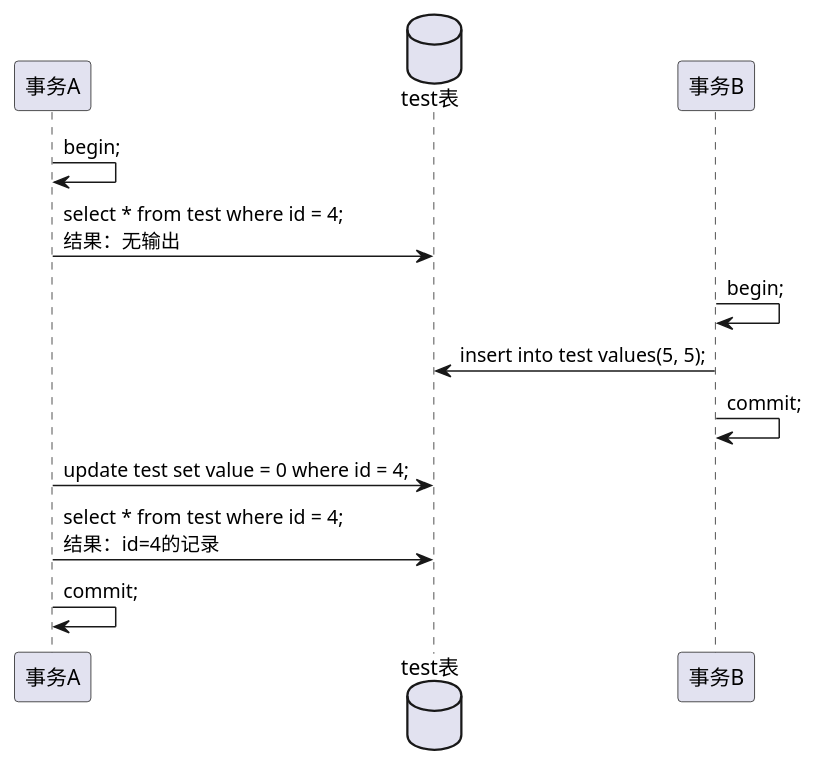
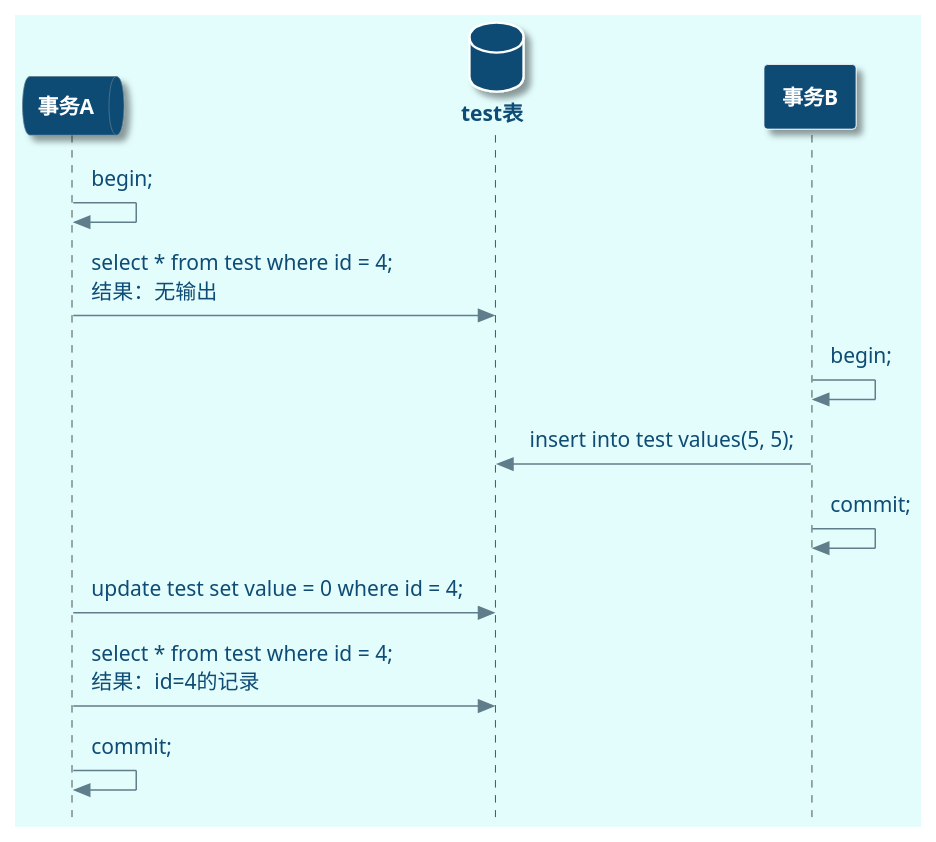
The diagram in assets/数据库/关系型数据库/幻读案例1.puml (dunwu/waterdrop), drawn with PlantUML before and after one commit. The commit also changed 11 other files, not shown here.

```diff
--- a/assets/数据库/关系型数据库/幻读案例1.puml
+++ b/assets/数据库/关系型数据库/幻读案例1.puml
@@ -1,17 +1,73 @@
 @startuml
 'https://plantuml.com/sequence-diagram
 
-participant 事务A as TA order 1
+'样式设置 Begin
+
+skinparam style strictuml
+skinparam BackgroundColor #E3FDFD
+skinparam Shadowing true
+skinparam defaultFontColor #0F4C75
+skinparam defaultFontSize 14
+skinparam ArrowColor #607D8B
+skinparam Padding 5
+
+'参与者样式设置
+
+skinparam ActorFontStyle Bold
+skinparam ActorFontColor #0F4C75
+skinparam ActorBorderColor #0F4C75
+skinparam ActorBackgroundColor #0F4C75
+
+skinparam BoundaryFontStyle Bold
+skinparam BoundaryFontColor #0F4C75
+skinparam BoundaryBorderColor #0F4C75
+skinparam BoundaryBackgroundColor #0F4C75
+
+skinparam CollectionsFontStyle Bold
+skinparam CollectionsFontColor #FFFFFF
+skinparam CollectionsBorderColor #FFFFFF
+skinparam CollectionsBackgroundColor #0F4C75
+
+skinparam ControlFontStyle Bold
+skinparam ControlFontColor #0F4C75
+skinparam ControlBorderColor #FFFFFF
+skinparam ControlBackgroundColor #0F4C75
+
+skinparam DatabaseFontStyle Bold
+skinparam DatabaseFontColor #0F4C75
+skinparam DatabaseBorderColor #FFFFFF
+skinparam DatabaseBackgroundColor #0F4C75
+
+skinparam EntityFontStyle Bold
+skinparam EntityFontColor #0F4C75
+skinparam EntityBorderColor #FFFFFF
+skinparam EntityBackgroundColor #0F4C75
+
+skinparam ParticipantFontStyle Bold
+skinparam ParticipantFontColor #FFFFFF
+skinparam ParticipantBorderColor #FFFFFF
+skinparam ParticipantBackgroundColor #0F4C75
+
+skinparam QueueFontStyle Bold
+skinparam QueueFontColor #FFFFFF
+skinparam QueueBorderColor #607D8B
+skinparam QueueBackgroundColor #0F4C75
+
+skinparam SequenceGroupBorderColor #607D8B
+
+'样式设置 End
+
+Queue 事务A as TA order 1
 database test表 as db order 2
 participant 事务B as TB order 3
 
 TA -> TA: begin;
 TA -> db: select * from test where id = 4;\n结果：无输出
 TB -> TB: begin;
 TB -> db: insert into test values(5, 5);
 TB -> TB: commit;
 TA -> db: update test set value = 0 where id = 4;
 TA -> db: select * from test where id = 4;\n结果：id=4的记录
 TA -> TA: commit;
 
 @enduml
```
